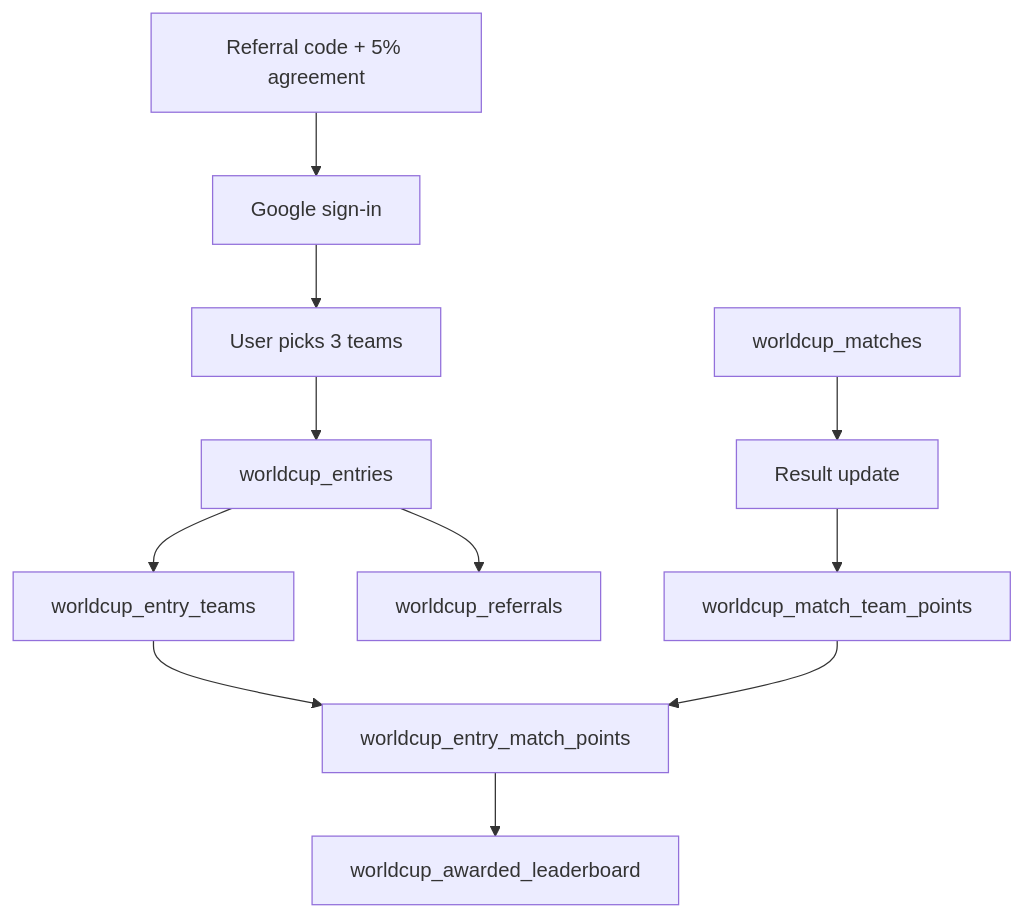
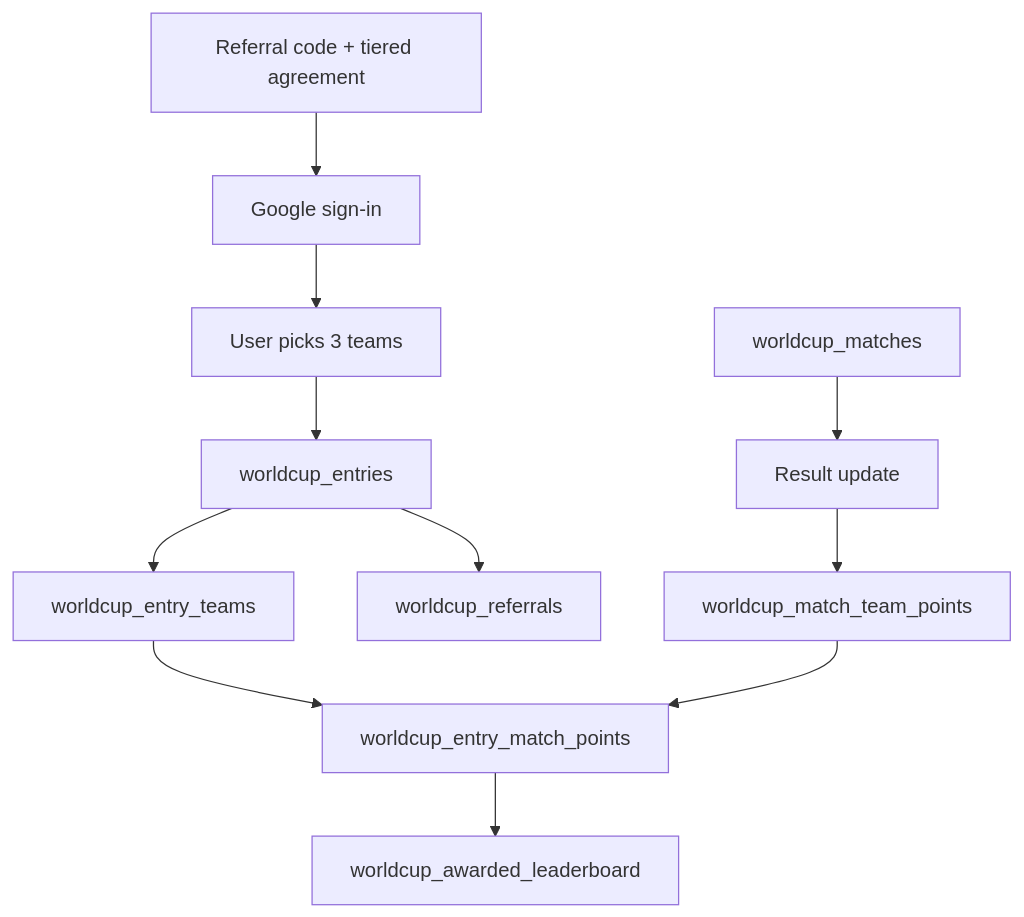
The diagram in docs/ARCHITECTURE.md (DansiDanutz/WorldCup), drawn with Mermaid before and after one commit. The commit also changed other lines of this file and 9 other files, not shown here.

````diff
--- a/docs/ARCHITECTURE.md
+++ b/docs/ARCHITECTURE.md
@@ -21,13 +21,13 @@
 ```mermaid
 flowchart TD
-  Referral["Referral code + 5% agreement"] --> Auth["Google sign-in"]
+  Referral["Referral code + tiered agreement"] --> Auth["Google sign-in"]
   Auth --> User["User picks 3 teams"]
   User --> Entry["worldcup_entries"]
   Entry --> Picks["worldcup_entry_teams"]
   Entry --> Referrals["worldcup_referrals"]
   Match["worldcup_matches"] --> Result["Result update"]
   Result --> TeamPoints["worldcup_match_team_points"]
   Picks --> Awards["worldcup_entry_match_points"]
   TeamPoints --> Awards
   Awards --> Leaderboard["worldcup_awarded_leaderboard"]
 ```
````
